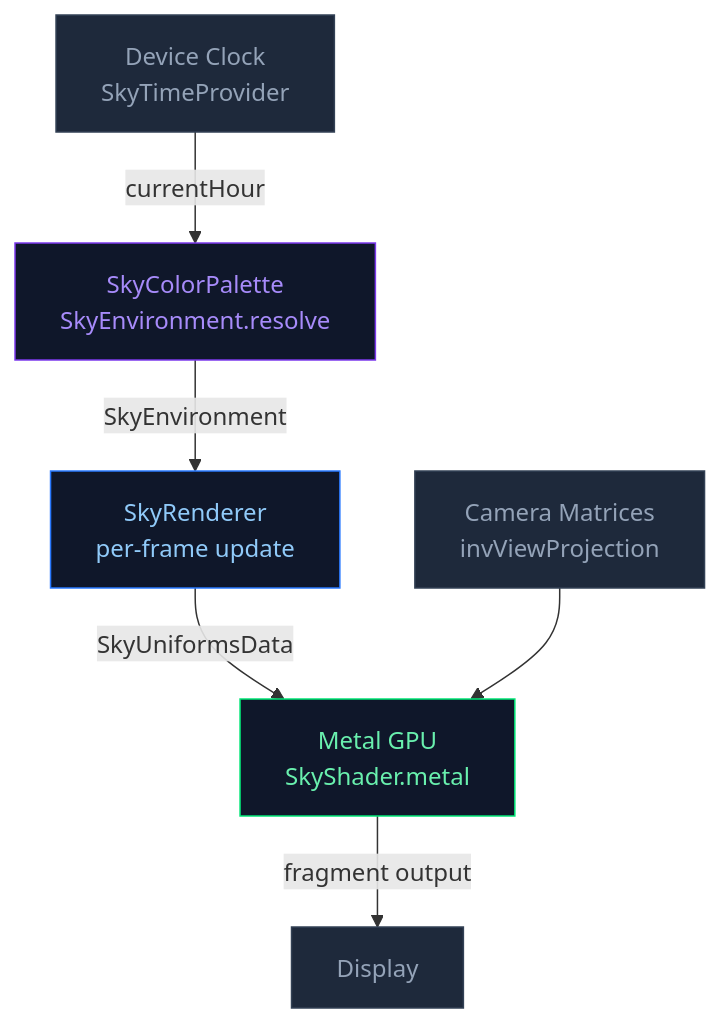
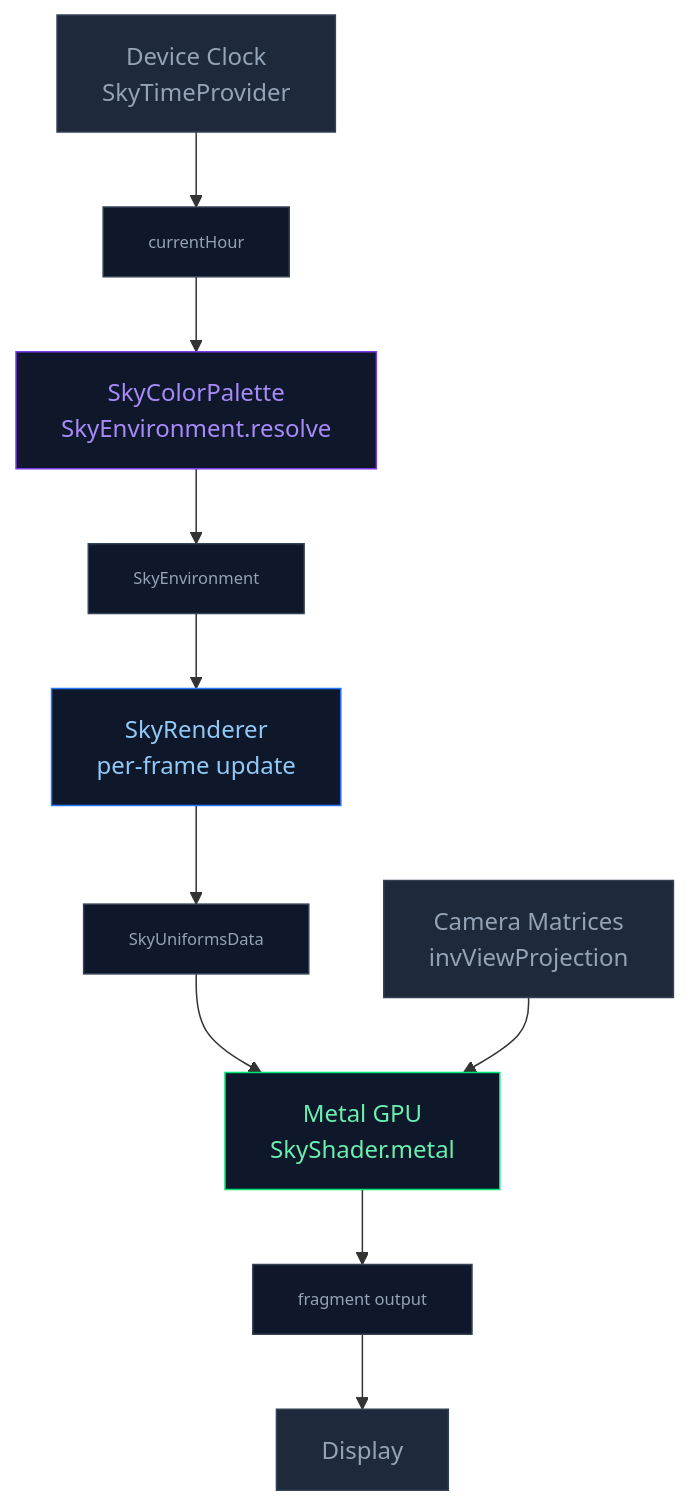
The diagram in docs/Sky-System.md (kevinliddel/NeuraLink), drawn with Mermaid before and after one commit. The commit also changed other lines of this file and 21 other files, not shown here.

Commit message:
refactor: update Sky System diagrams, and update VRM rendering state logic.

````diff
--- a/docs/Sky-System.md
+++ b/docs/Sky-System.md
@@ -42,16 +42,32 @@
 ```mermaid
 graph TD
-    Clock[Device Clock\nSkyTimeProvider]
-    Clock -->|currentHour| Palette[SkyColorPalette\nSkyEnvironment.resolve]
-    Palette -->|SkyEnvironment| Renderer[SkyRenderer\nper-frame update]
-    Renderer -->|SkyUniformsData| GPU[Metal GPU\nSkyShader.metal]
-    GPU -->|fragment output| Display[Display]
-    Camera[Camera Matrices\ninvViewProjection] --> GPU
+    Clock["Device Clock\nSkyTimeProvider"]
+    Palette["SkyColorPalette\nSkyEnvironment.resolve"]
+    Renderer["SkyRenderer\nper-frame update"]
+    GPU["Metal GPU\nSkyShader.metal"]
+    Display["Display"]
+    Camera["Camera Matrices\ninvViewProjection"]
+
+    E1["currentHour"]
+    E2["SkyEnvironment"]
+    E3["SkyUniformsData"]
+    E4["fragment output"]
+
+    Clock --> E1 --> Palette
+    Palette --> E2 --> Renderer
+    Renderer --> E3 --> GPU
+    GPU --> E4 --> Display
+    Camera --> GPU
 
     style Clock fill:#1e293b,stroke:#334155,color:#94a3b8
     style Palette fill:#0f172a,stroke:#7c3aed,color:#a78bfa
     style Renderer fill:#0f172a,stroke:#2979ff,color:#90caf9
     style GPU fill:#0f172a,stroke:#00e676,color:#69f0ae
     style Camera fill:#1e293b,stroke:#334155,color:#94a3b8
     style Display fill:#1e293b,stroke:#334155,color:#94a3b8
+
+    style E1 fill:#0f172a,stroke:#334155,color:#94a3b8,font-size:11px
+    style E2 fill:#0f172a,stroke:#334155,color:#94a3b8,font-size:11px
+    style E3 fill:#0f172a,stroke:#334155,color:#94a3b8,font-size:11px
+    style E4 fill:#0f172a,stroke:#334155,color:#94a3b8,font-size:11px
 ```
````
